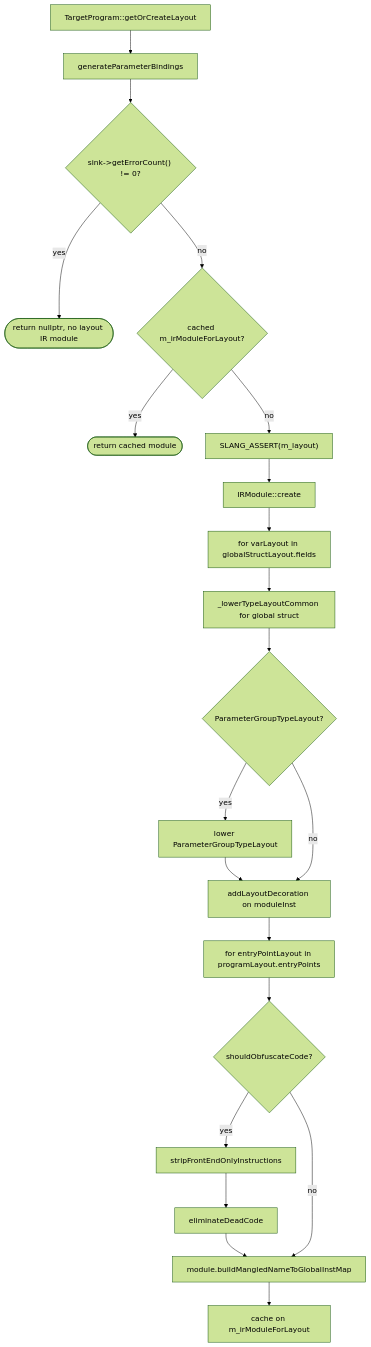
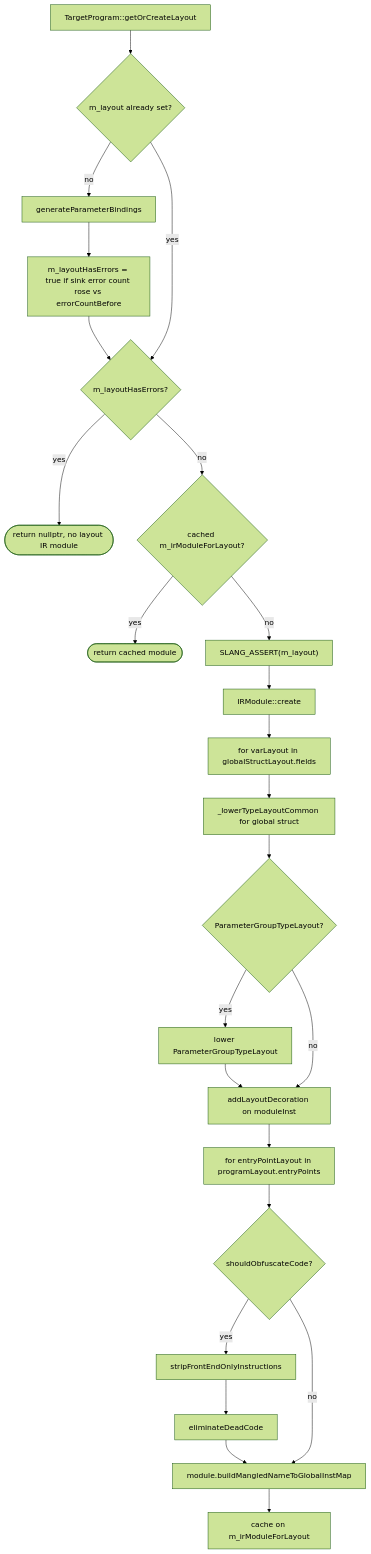
One commit to shader-slang/slang changed the diagram in docs/generated/design/pipeline/04c-layout-ir.md. Above: the diagram before and after it, drawn with Mermaid (forest theme). The commit also changed other lines of this file and 28 other files, not shown here.

````diff
--- a/docs/generated/design/pipeline/04c-layout-ir.md
+++ b/docs/generated/design/pipeline/04c-layout-ir.md
@@ -384,34 +402,38 @@
 ```mermaid
 flowchart TD
   gol[TargetProgram::getOrCreateLayout]
+  layoutGate{"m_layout already set?"}
   gpb[generateParameterBindings]
-  errGate{"sink->getErrorCount() != 0?"}
+  latch["m_layoutHasErrors = true if sink error count rose vs errorCountBefore"]
+  errGate{"m_layoutHasErrors?"}
   bail([return nullptr, no layout IR module])
   cache{cached m_irModuleForLayout?}
   hit([return cached module])
   assertLayout["SLANG_ASSERT(m_layout)"]
   mc[IRModule::create]
   gpLoop["for varLayout in globalStructLayout.fields"]
   gstl[_lowerTypeLayoutCommon for global struct]
   pgGate{ParameterGroupTypeLayout?}
   pgBuilder["lower ParameterGroupTypeLayout"]
   modDec["addLayoutDecoration on moduleInst"]
   epLoop["for entryPointLayout in programLayout.entryPoints"]
   obfGate{shouldObfuscateCode?}
   strip[stripFrontEndOnlyInstructions]
   dce[eliminateDeadCode]
   bmn[module.buildMangledNameToGlobalInstMap]
   store[cache on m_irModuleForLayout]
 
-  gol --> gpb --> errGate
+  gol --> layoutGate
+  layoutGate -- no --> gpb --> latch --> errGate
+  layoutGate -- yes --> errGate
   errGate -- yes --> bail
   errGate -- no --> cache
   cache -- yes --> hit
   cache -- no --> assertLayout --> mc --> gpLoop --> gstl --> pgGate
   pgGate -- yes --> pgBuilder --> modDec
   pgGate -- no --> modDec
   modDec --> epLoop --> obfGate
   obfGate -- yes --> strip --> dce --> bmn
   obfGate -- no --> bmn
   bmn --> store
 ```
````
